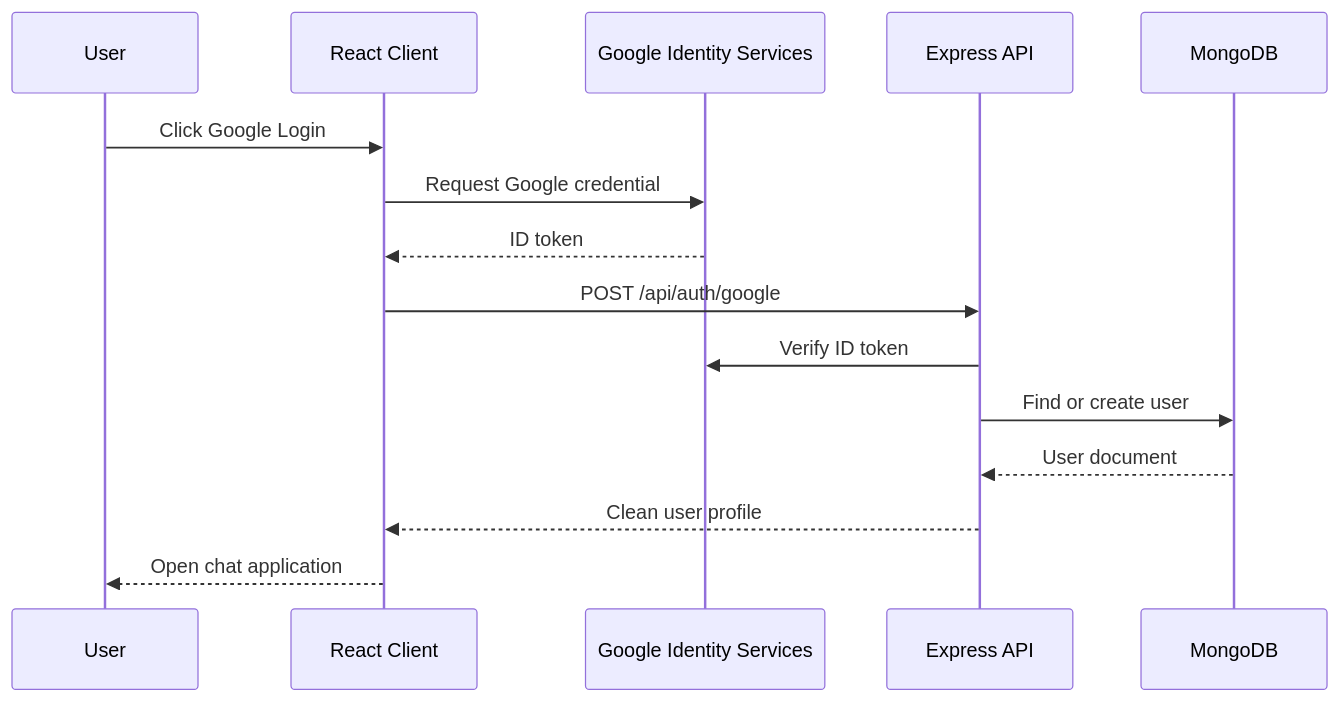
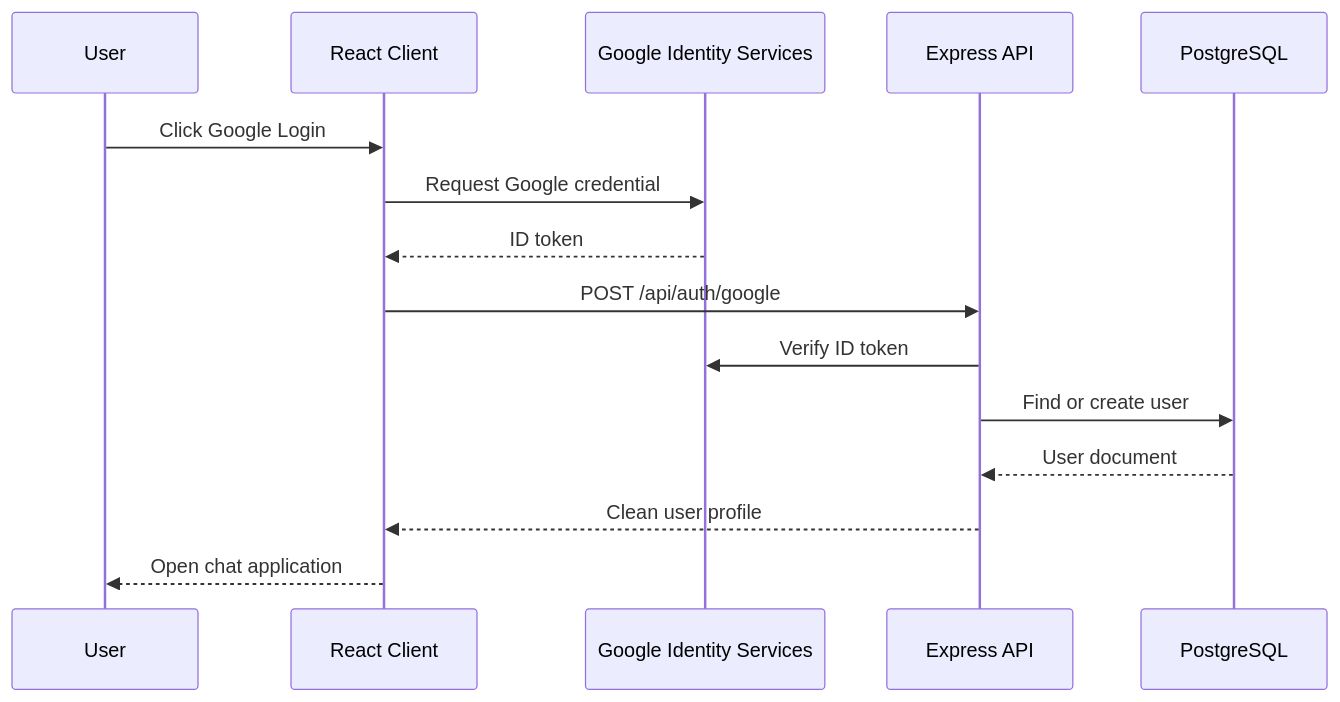
Before and after one commit to SaimaLearnathon/web-development-bootcamp-may-2026: the second of 5 diagrams in farhanaislamsaima/README.md, drawn with Mermaid. The commit also changed other lines of this file and 53 other files, not shown here.

````diff
--- a/farhanaislamsaima/README.md
+++ b/farhanaislamsaima/README.md
@@ -176,18 +185,18 @@
 ```mermaid
 sequenceDiagram
   participant U as User
   participant C as React Client
   participant G as Google Identity Services
   participant A as Express API
-  participant M as MongoDB
+  participant M as PostgreSQL
 
   U->>C: Click Google Login
   C->>G: Request Google credential
   G-->>C: ID token
   C->>A: POST /api/auth/google
   A->>G: Verify ID token
   A->>M: Find or create user
   M-->>A: User document
   A-->>C: Clean user profile
   C-->>U: Open chat application
 ```
````
